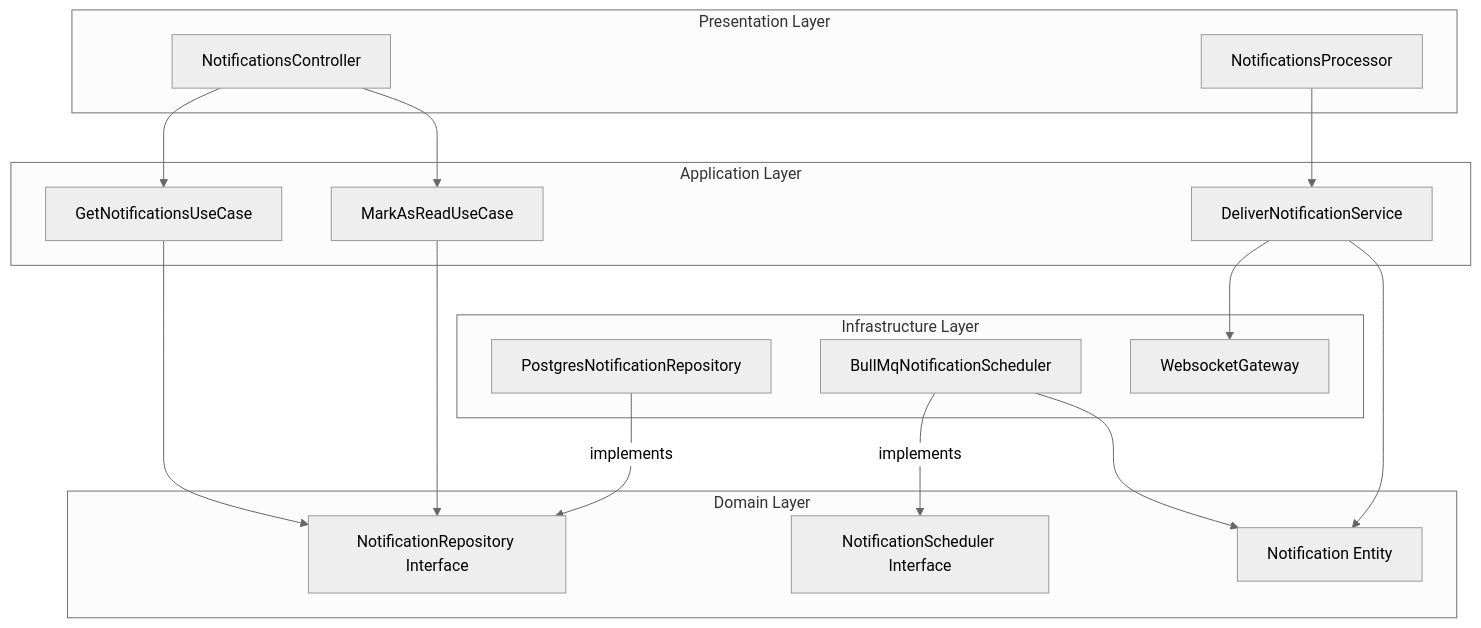
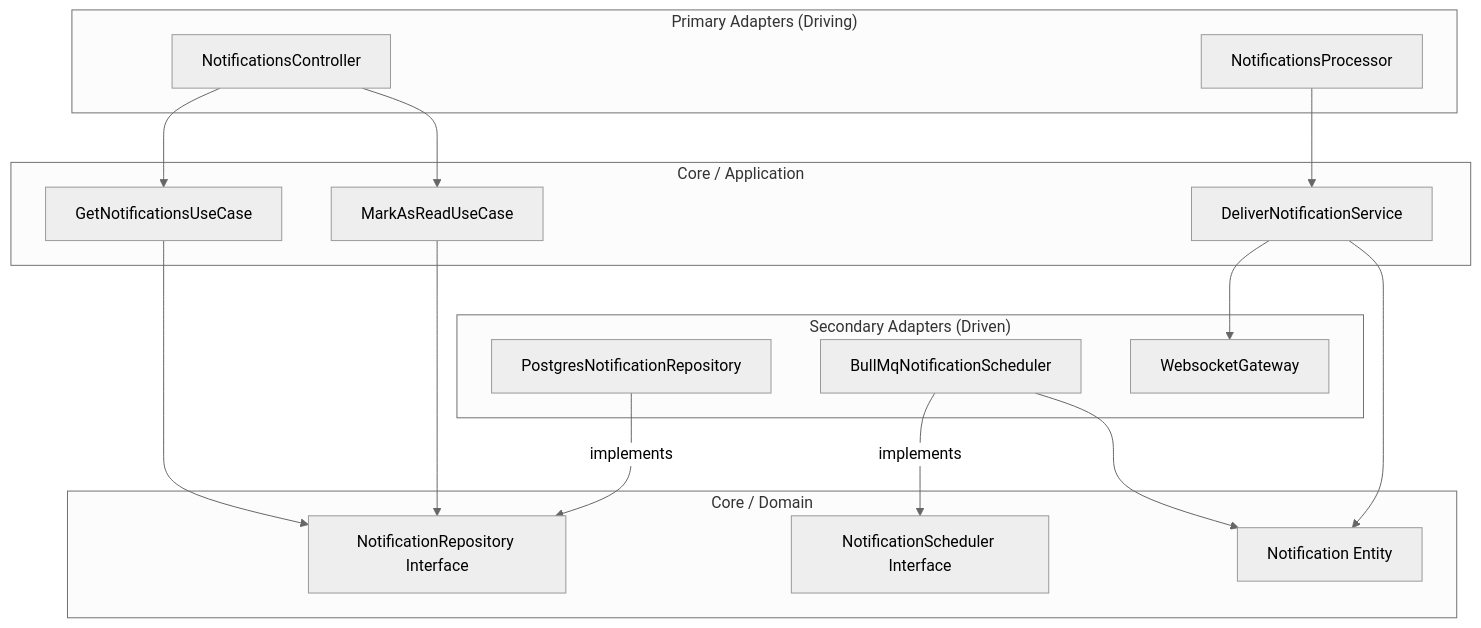
The tenth of 11 diagrams in ARCHITECTURE.md (raouf-b-dev/ecommerce-store-api), drawn with Mermaid (neutral theme) before and after one commit. The commit also changed other lines of this file and 1 other file, not shown here.

Commit message:
ES-101: Update architecture documentation to reflect Hexagonal Architecture principles, renaming layers and enhancing clarity on module structure and responsibilities.

````diff
--- a/ARCHITECTURE.md
+++ b/ARCHITECTURE.md
@@ -379,41 +379,41 @@
 ```mermaid
 graph TD
-    subgraph "Presentation Layer"
+    subgraph "Primary Adapters (Driving)"
         NC[NotificationsController]
         NP[NotificationsProcessor]
     end
 
-    subgraph "Application Layer"
+    subgraph "Core / Application"
         DNS[DeliverNotificationService]
         GUC[GetNotificationsUseCase]
         MUC[MarkAsReadUseCase]
     end
 
-    subgraph "Domain Layer"
+    subgraph "Core / Domain"
         NE[Notification Entity]
         RI[NotificationRepository Interface]
         SI[NotificationScheduler Interface]
     end
 
-    subgraph "Infrastructure Layer"
+    subgraph "Secondary Adapters (Driven)"
         PR[PostgresNotificationRepository]
         BS[BullMqNotificationScheduler]
         WG[WebsocketGateway]
     end
 
     %% Interactions
     NC --> GUC
     NC --> MUC
     NP --> DNS
 
     GUC --> RI
     MUC --> RI
 
     DNS --> WG
     DNS --> NE
 
     BS -- implements --> SI
     PR -- implements --> RI
 
     BS --> NE
 ```
````
